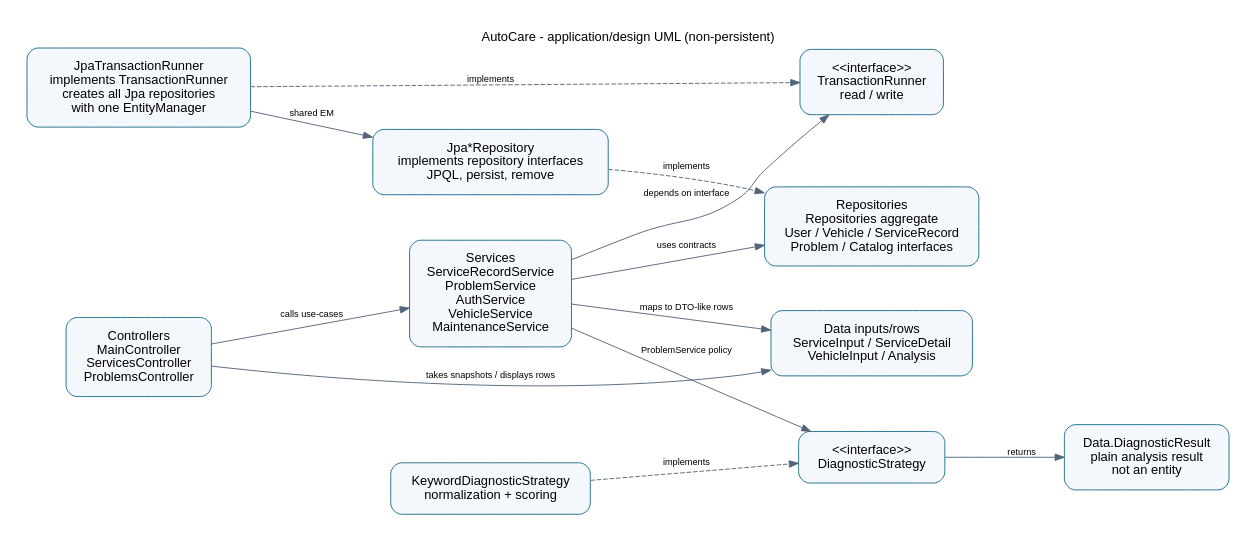
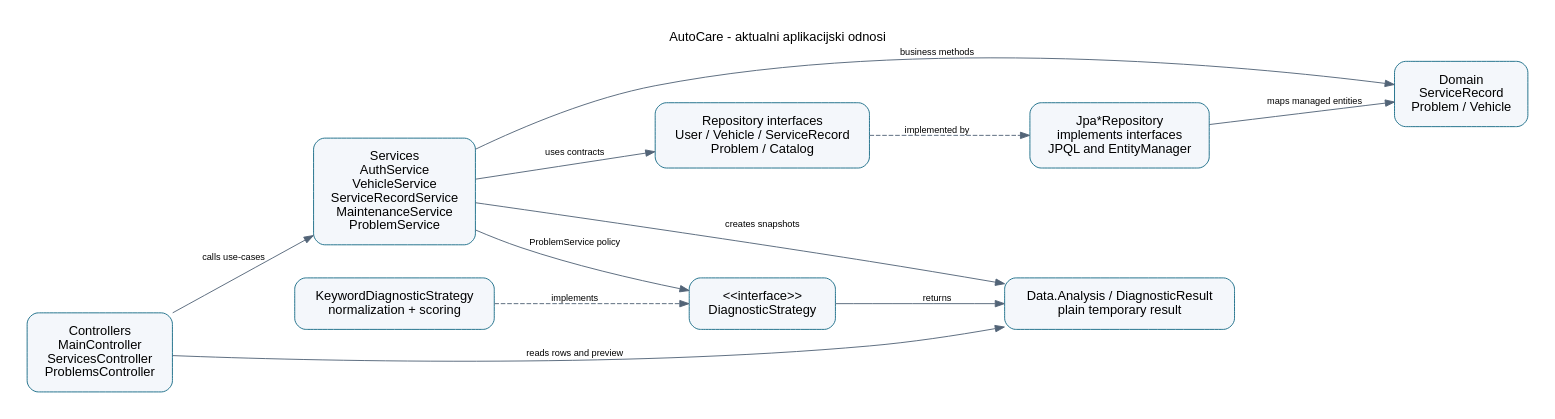
Before and after one commit to KarloLerga/AutoCare: the diagram in docs/design.dot, drawn with Graphviz. The commit also changed 31 other files, not shown here.

```diff
--- a/docs/design.dot
+++ b/docs/design.dot
@@ -1,44 +1,25 @@
 digraph AutoCareDesign {
-    graph [
-        rankdir=LR,
-        bgcolor="white",
-        pad="0.3",
-        nodesep="0.5",
-        ranksep="0.8",
-        fontname="Helvetica",
-        label="AutoCare - application/design UML (non-persistent)",
-        labelloc=t
-    ];
-    node [
-        fontname="Helvetica",
-        shape=box,
-        style="rounded,filled",
-        fillcolor="#F4F7FB",
-        color="#176B87",
-        margin="0.18"
-    ];
+    graph [rankdir=LR, bgcolor="white", pad="0.3", nodesep="0.5", ranksep="0.8", fontname="Helvetica", label="AutoCare - aktualni aplikacijski odnosi", labelloc=t];
+    node [fontname="Helvetica", shape=box, style="rounded,filled", fillcolor="#F4F7FB", color="#176B87", margin="0.18"];
     edge [fontname="Helvetica", fontsize=10, color="#526477"];
 
     controller [label="Controllers\nMainController\nServicesController\nProblemsController"];
-    services [label="Services\nServiceRecordService\nProblemService\nAuthService\nVehicleService\nMaintenanceService"];
-    tx [label="<<interface>>\nTransactionRunner\nread / write"];
-    repos [label="Repositories\nRepositories aggregate\nUser / Vehicle / ServiceRecord\nProblem / Catalog interfaces"];
-    jpaTx [label="JpaTransactionRunner\nimplements TransactionRunner\ncreates all Jpa repositories\nwith one EntityManager"];
-    jpaRepos [label="Jpa*Repository\nimplements repository interfaces\nJPQL, persist, remove"];
+    services [label="Services\nAuthService\nVehicleService\nServiceRecordService\nMaintenanceService\nProblemService"];
+    repos [label="Repository interfaces\nUser / Vehicle / ServiceRecord\nProblem / Catalog"];
+    jpaRepos [label="Jpa*Repository\nimplements interfaces\nJPQL and EntityManager"];
     strategy [label="<<interface>>\nDiagnosticStrategy"];
     keyword [label="KeywordDiagnosticStrategy\nnormalization + scoring"];
-    result [label="Data.DiagnosticResult\nplain analysis result\nnot an entity"];
-    data [label="Data inputs/rows\nServiceInput / ServiceDetail\nVehicleInput / Analysis"];
+    result [label="Data.Analysis / DiagnosticResult\nplain temporary result"];
+    domain [label="Domain\nServiceRecord\nProblem / Vehicle"];
 
     controller -> services [label="calls use-cases"];
-    controller -> data [label="takes snapshots / displays rows"];
-    services -> tx [label="depends on interface"];
+    controller -> result [label="reads rows and preview"];
     services -> repos [label="uses contracts"];
+    services -> domain [label="business methods"];
     services -> strategy [label="ProblemService policy"];
-    services -> data [label="maps to DTO-like rows"];
-    jpaTx -> tx [style=dashed, label="implements"];
-    jpaTx -> jpaRepos [label="shared EM"];
-    jpaRepos -> repos [style=dashed, label="implements"];
+    services -> result [label="creates snapshots"];
+    repos -> jpaRepos [style=dashed, label="implemented by"];
+    jpaRepos -> domain [label="maps managed entities"];
     keyword -> strategy [style=dashed, label="implements"];
     strategy -> result [label="returns"];
 }
```
